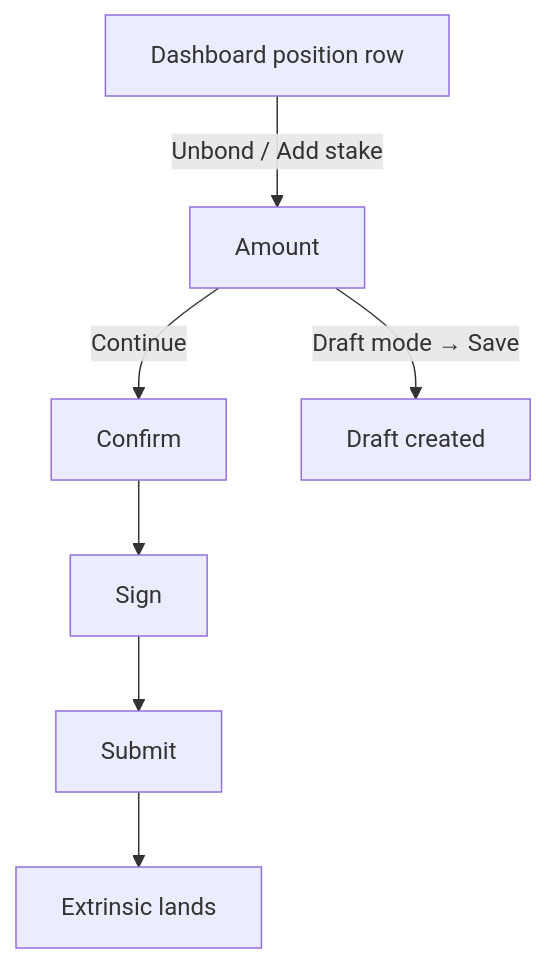
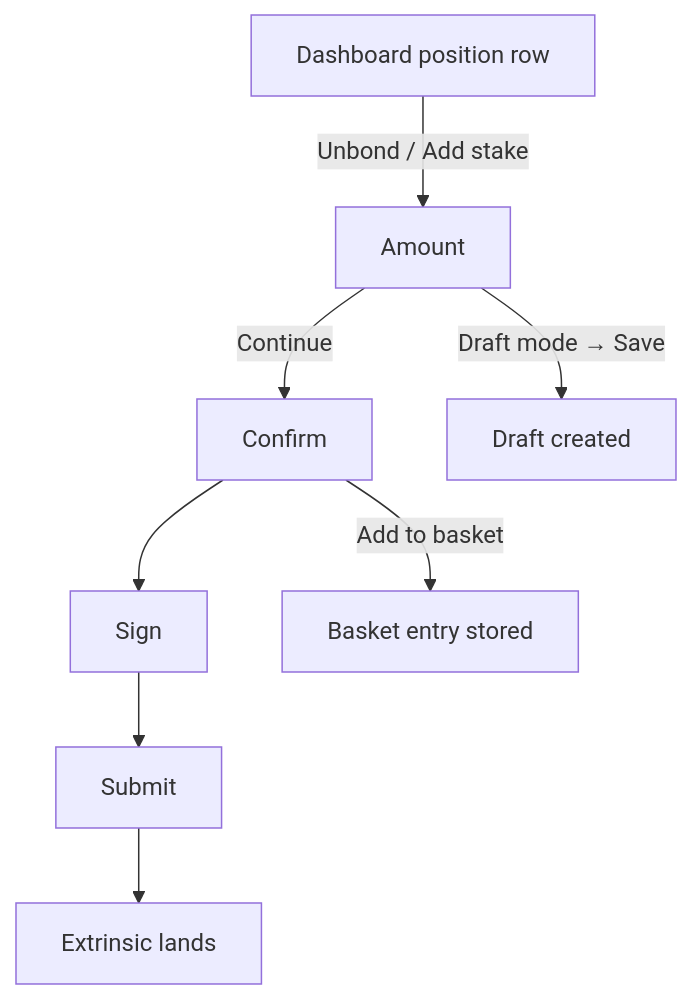
One commit to novasamatech/nova-spektr changed the diagram in src/renderer/features/staking-amount-flow/README.md. Above: the diagram before and after it, drawn with Mermaid. The commit also changed other lines of this file and 20 other files, not shown here.

Commit message:
feat(staking): basket step in dashboard flows

````diff
--- a/src/renderer/features/staking-amount-flow/README.md
+++ b/src/renderer/features/staking-amount-flow/README.md
@@ -107,7 +107,8 @@
 ```mermaid
 flowchart TD
     D["Dashboard position row"] -->|Unbond / Add stake| A["Amount"]
     A -->|Continue| C["Confirm"]
     C --> S["Sign"] --> SUB["Submit"] --> DONE["Extrinsic lands"]
+    C -->|Add to basket| B["Basket entry stored"]
     A -->|Draft mode → Save| DR["Draft created"]
 ```
````
